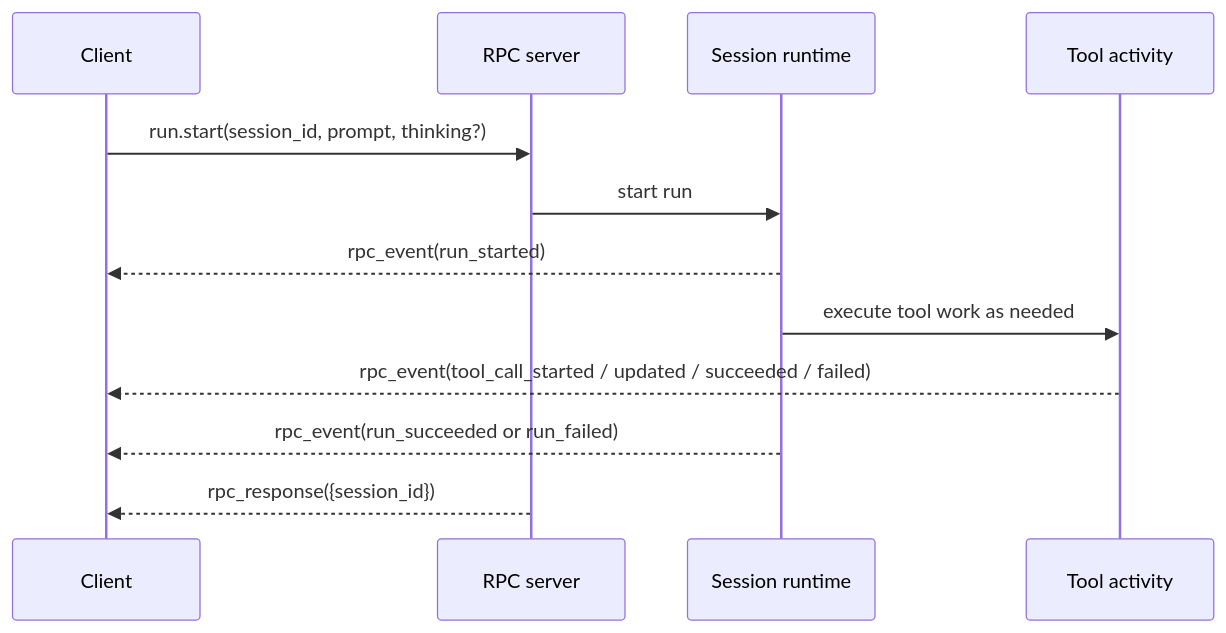
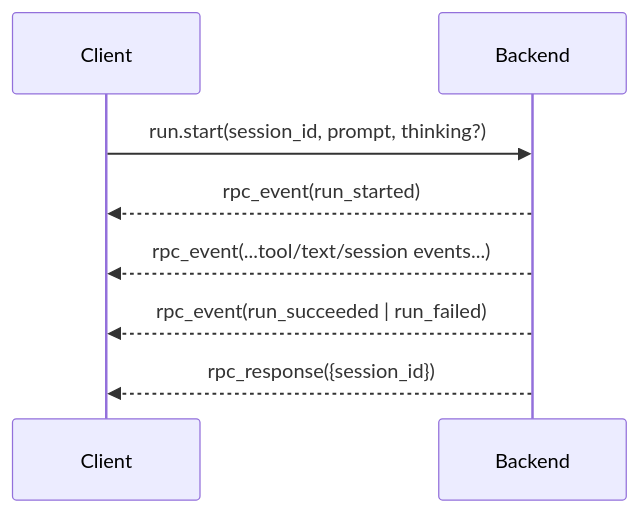
The second of 2 diagrams in docs/interview-prep/09-api-design-in-jaca.md (SahilDahiya/just-another-coding-agent), drawn with Mermaid before and after one commit. The commit also changed other lines of this file, not shown here.

Commit message:
Refine API Design documentation for JACA, clarifying RPC structure and emphasizing command-oriented semantics

````diff
--- a/docs/interview-prep/09-api-design-in-jaca.md
+++ b/docs/interview-prep/09-api-design-in-jaca.md
@@ -96,15 +295,11 @@
 ```mermaid
 sequenceDiagram
-    participant C as Client
-    participant R as RPC server
-    participant S as Session runtime
-    participant T as Tool activity
+    participant Client
+    participant Backend
 
-    C->>R: run.start(session_id, prompt, thinking?)
-    R->>S: start run
-    S-->>C: rpc_event(run_started)
-    S->>T: execute tool work as needed
-    T-->>C: rpc_event(tool_call_started / updated / succeeded / failed)
-    S-->>C: rpc_event(run_succeeded or run_failed)
-    R-->>C: rpc_response({session_id})
+    Client->>Backend: run.start(session_id, prompt, thinking?)
+    Backend-->>Client: rpc_event(run_started)
+    Backend-->>Client: rpc_event(...tool/text/session events...)
+    Backend-->>Client: rpc_event(run_succeeded | run_failed)
+    Backend-->>Client: rpc_response({session_id})
 ```
````
